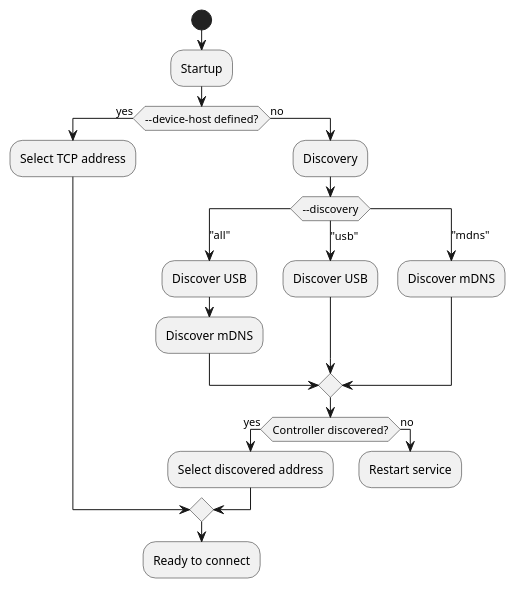
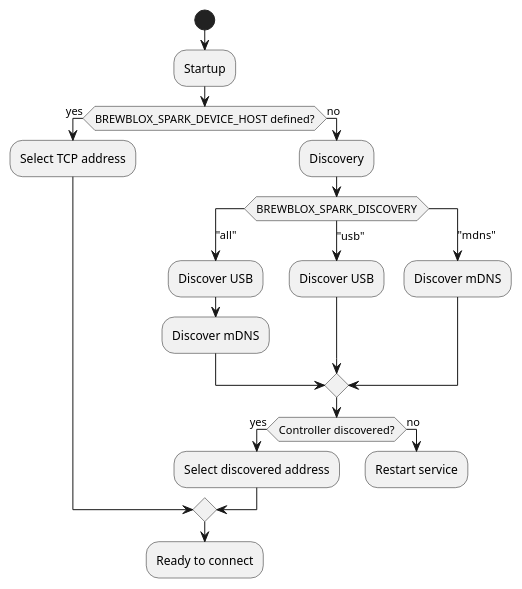
Before and after one commit to BrewBlox/brewblox-documentation: the diagram in docs/user/services/spark.md, drawn with PlantUML. The commit also changed other lines of this file and 2 other files, not shown here.

Commit message:
update args in spark service docs

````diff
--- a/docs/user/services/spark.md
+++ b/docs/user/services/spark.md
@@ -120,34 +134,34 @@
 ```plantuml
 @startuml Connecting to a Spark
 start
 
 :Startup;
 
-if (--device-host defined?) then (yes)
+if (BREWBLOX_SPARK_DEVICE_HOST defined?) then (yes)
     :Select TCP address;
 else (no)
     :Discovery;
 
-    switch(--discovery)
+    switch(BREWBLOX_SPARK_DISCOVERY)
     case ("all")
         :Discover USB;
         :Discover mDNS;
     case ("usb")
         :Discover USB;
     case ("mdns")
         :Discover mDNS;
     endswitch
 
     if (Controller discovered?) then (yes)
         :Select discovered address;
     else (no)
         :Restart service;
         kill
     endif
 endif
 
 :Ready to connect;
 kill
 
 @enduml
 ```
````
